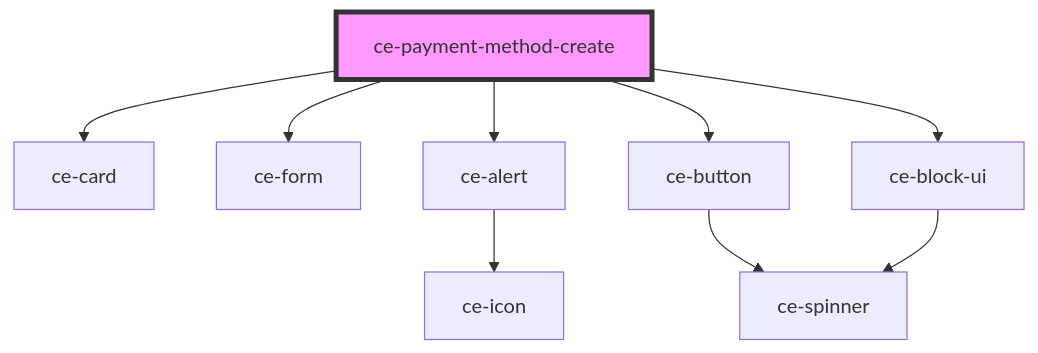
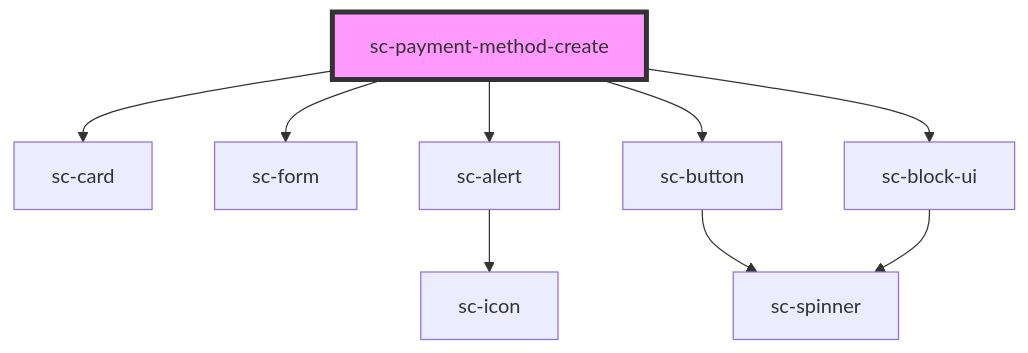
The diagram in packages/components/src/components/controllers/dashboard/payment-method-create/readme.md (surecart/surecart-wp-plugin), drawn with Mermaid before and after one commit. The commit also changed other lines of this file and 1281 other files, not shown here.

````diff
--- a/packages/components/src/components/controllers/dashboard/payment-method-create/readme.md
+++ b/packages/components/src/components/controllers/dashboard/payment-method-create/readme.md
@@ -28,12 +28,12 @@
 ```mermaid
 graph TD;
-  ce-payment-method-create --> ce-card
-  ce-payment-method-create --> ce-form
-  ce-payment-method-create --> ce-alert
-  ce-payment-method-create --> ce-button
-  ce-payment-method-create --> ce-block-ui
-  ce-alert --> ce-icon
-  ce-button --> ce-spinner
-  ce-block-ui --> ce-spinner
-  style ce-payment-method-create fill:#f9f,stroke:#333,stroke-width:4px
+  sc-payment-method-create --> sc-card
+  sc-payment-method-create --> sc-form
+  sc-payment-method-create --> sc-alert
+  sc-payment-method-create --> sc-button
+  sc-payment-method-create --> sc-block-ui
+  sc-alert --> sc-icon
+  sc-button --> sc-spinner
+  sc-block-ui --> sc-spinner
+  style sc-payment-method-create fill:#f9f,stroke:#333,stroke-width:4px
 ```
````
